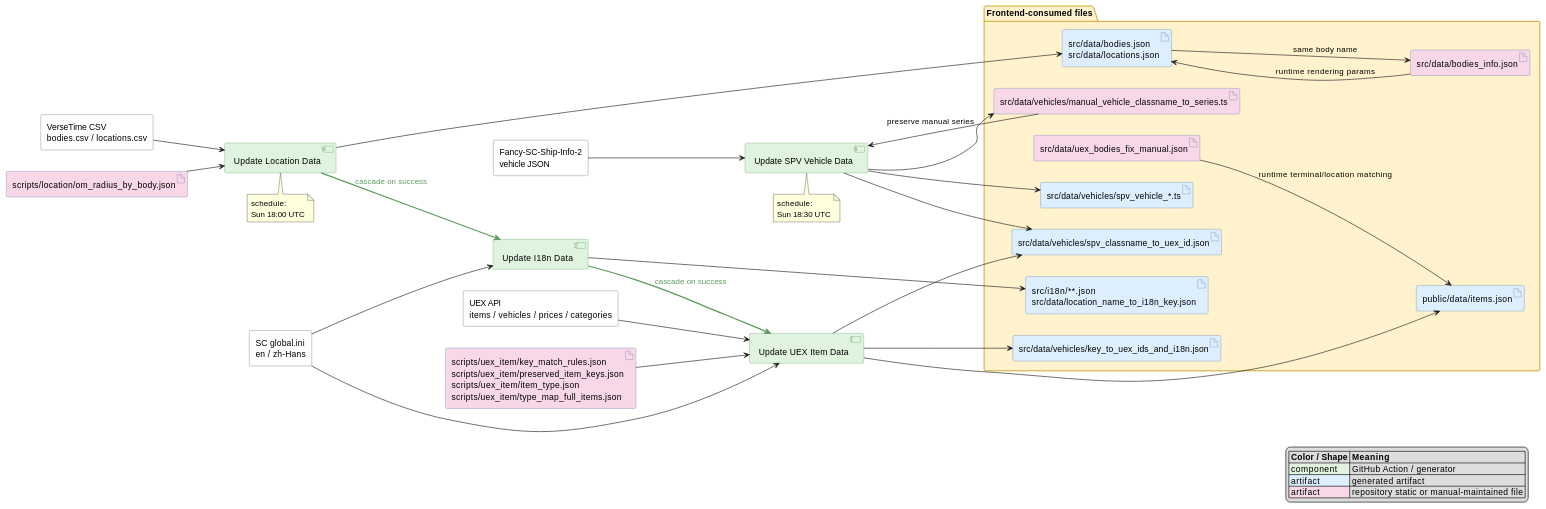
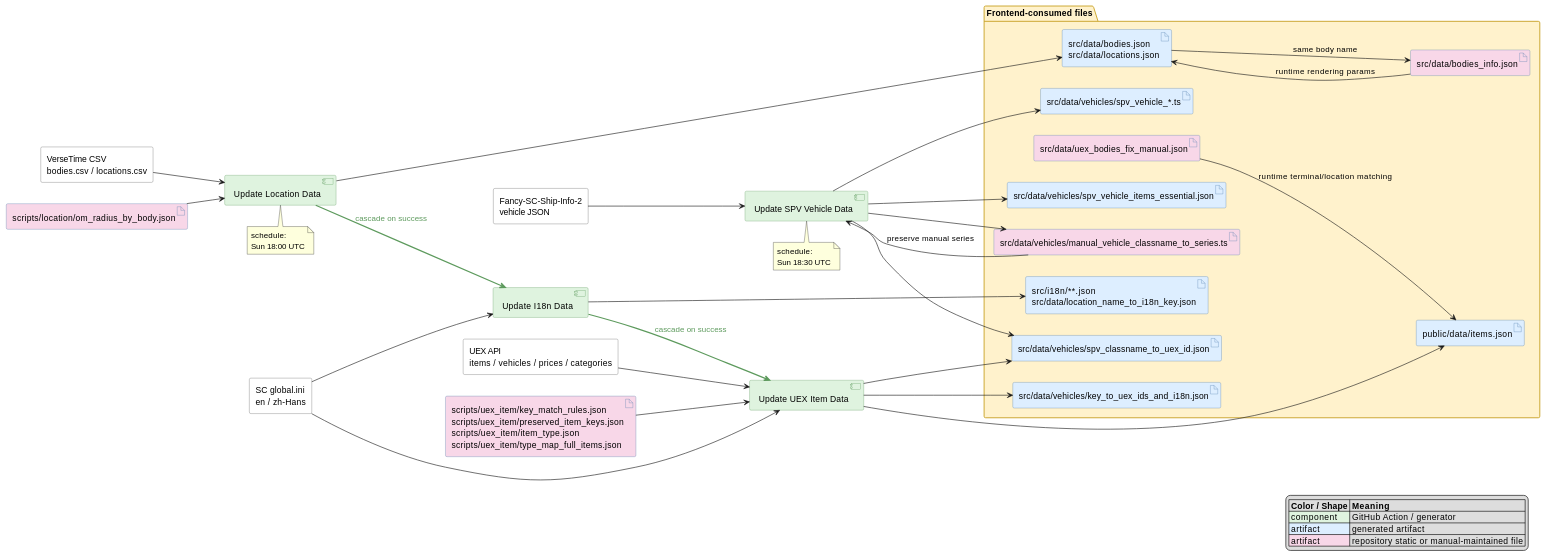
Before and after one commit to GrakePch/FSD-item-finder: the diagram in docs/data-flow.md, drawn with PlantUML. The commit also changed other lines of this file and 19 other files, not shown here.

Commit message:
feat(vehicles): add supplemental vehicle info

```diff
--- a/docs/data-flow.md
+++ b/docs/data-flow.md
@@ -54,6 +54,7 @@
   artifact "src/data/bodies_info.json" as BODIES_INFO #F8D7E8
   artifact "src/data/uex_bodies_fix_manual.json" as RUNTIME_STATIC #F8D7E8
   artifact "src/data/vehicles/spv_vehicle_*.ts" as SPV_DATA
+  artifact "src/data/vehicles/spv_vehicle_items_essential.json" as SPV_ITEMS
   artifact "src/data/vehicles/manual_vehicle_classname_to_series.ts" as MANUAL_SERIES #F8D7E8
   artifact "src/data/vehicles/key_to_uex_ids_and_i18n.json" as VEH_UEX
   artifact "src/data/vehicles/spv_classname_to_uex_id.json" as SPV_UEX
@@ -78,6 +79,7 @@
 SPV_REPO --> SPV_ACTION
 MANUAL_SERIES --> SPV_ACTION : preserve manual series
 SPV_ACTION --> SPV_DATA
+SPV_ACTION --> SPV_ITEMS
 SPV_ACTION --> MANUAL_SERIES
 SPV_ACTION --> SPV_UEX
 
```
